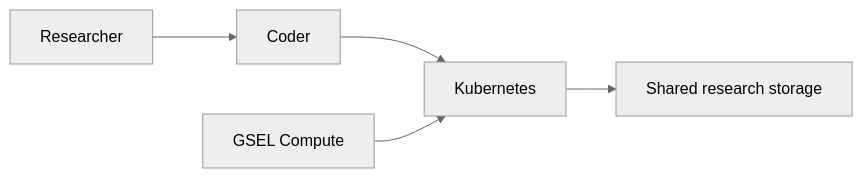
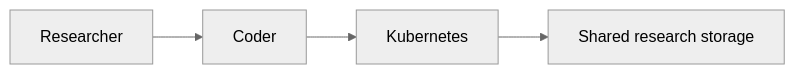
Before and after one commit to CBNU-GSEL/handbook: the diagram in docs/reference/system-overview.md, drawn with Mermaid (neutral theme). The commit also changed other lines of this file and 2 other files, not shown here.

First line of the commit message:
docs: correct SSH, GSEL Compute, and shared storage claims

````diff
--- a/docs/reference/system-overview.md
+++ b/docs/reference/system-overview.md
@@ -11,7 +11,6 @@
 ```mermaid
 graph LR
   Researcher --> Coder
   Coder --> Kubernetes
-  GSELCompute["GSEL Compute"] --> Kubernetes
   Kubernetes --> Storage["Shared research storage"]
 ```
````
